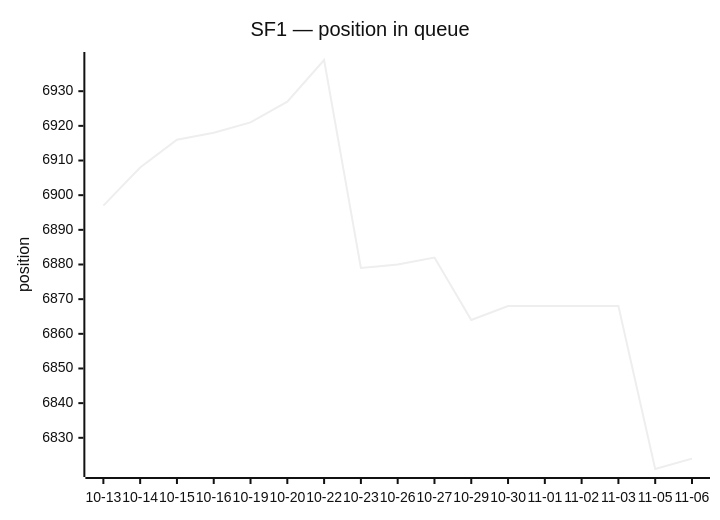
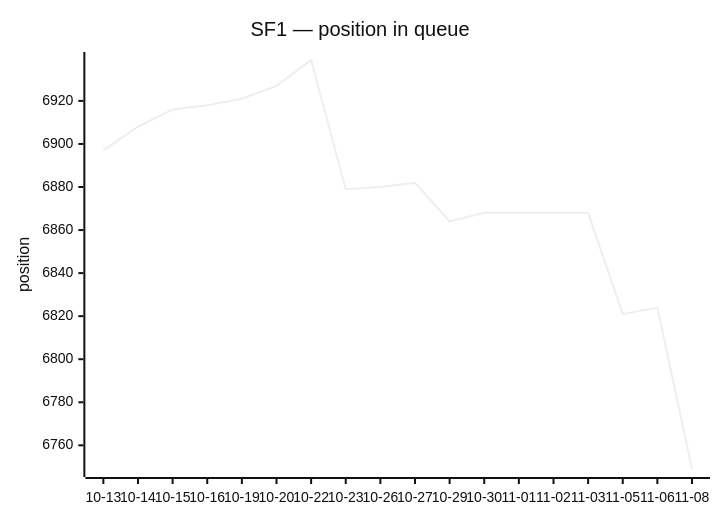
The first of 2 diagrams in queue/README.md (thyarles/thyarles), drawn with Mermaid (neutral theme) before and after one commit. The commit also changed other lines of this file and 1 other file, not shown here.

````diff
--- a/queue/README.md
+++ b/queue/README.md
@@ -20,7 +20,7 @@
 ```mermaid
 xychart-beta
   title "SF1 — position in queue"
-  x-axis ["10-13", "10-14", "10-15", "10-16", "10-19", "10-20", "10-22", "10-23", "10-26", "10-27", "10-29", "10-30", "11-01", "11-02", "11-03", "11-05", "11-06"]
+  x-axis ["10-13", "10-14", "10-15", "10-16", "10-19", "10-20", "10-22", "10-23", "10-26", "10-27", "10-29", "10-30", "11-01", "11-02", "11-03", "11-05", "11-06", "11-08"]
   y-axis "position"
-  line [6897, 6908, 6916, 6918, 6921, 6927, 6939, 6879, 6880, 6882, 6864, 6868, 6868, 6868, 6868, 6821, 6824]
+  line [6897, 6908, 6916, 6918, 6921, 6927, 6939, 6879, 6880, 6882, 6864, 6868, 6868, 6868, 6868, 6821, 6824, 6749]
 ```
````
